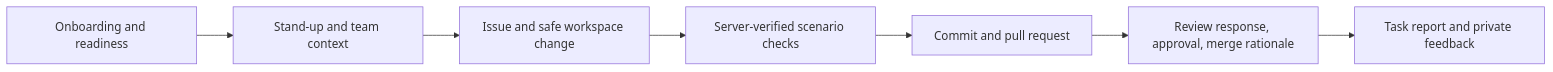
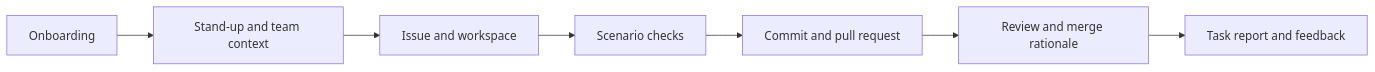
One commit to abhicsng007/AIWEX changed the diagram in README.md. Above: the diagram before and after it, drawn with Mermaid. The commit also changed other lines of this file and 5 other files, not shown here.

```diff
--- a/README.md
+++ b/README.md
@@ -34,9 +69,9 @@
 ~~~mermaid
 flowchart LR
-  A[Onboarding and readiness] --> B[Stand-up and team context]
-  B --> C[Issue and safe workspace change]
-  C --> D[Server-verified scenario checks]
+  A[Onboarding] --> B[Stand-up and team context]
+  B --> C[Issue and workspace]
+  C --> D[Scenario checks]
   D --> E[Commit and pull request]
-  E --> F[Review response, approval, merge rationale]
-  F --> G[Task report and private feedback]
+  E --> F[Review and merge rationale]
+  F --> G[Task report and feedback]
 ~~~
```
